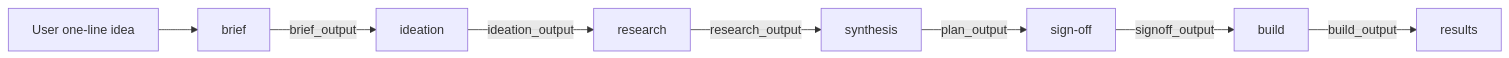
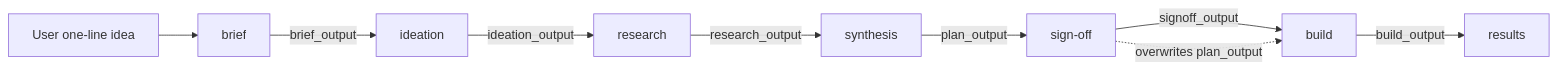
One commit to captain-corgi/go-adk-example changed the first of 3 diagrams in docs/technical/architecture.md. Above: the diagram before and after it, drawn with Mermaid. The commit also changed other lines of this file and 4 other files, not shown here.

````diff
--- a/docs/technical/architecture.md
+++ b/docs/technical/architecture.md
@@ -20,10 +22,11 @@
 ```mermaid
 flowchart LR
     U[User one-line idea] --> B[brief]
     B -->|"brief_output"| I[ideation]
     I -->|"ideation_output"| R[research]
     R -->|"research_output"| S[synthesis]
     S -->|"plan_output"| SO[sign-off]
     SO -->|"signoff_output"| BU[build]
+    SO -.->|"overwrites plan_output"| BU
     BU -->|"build_output"| RE[results]
 ```
````
